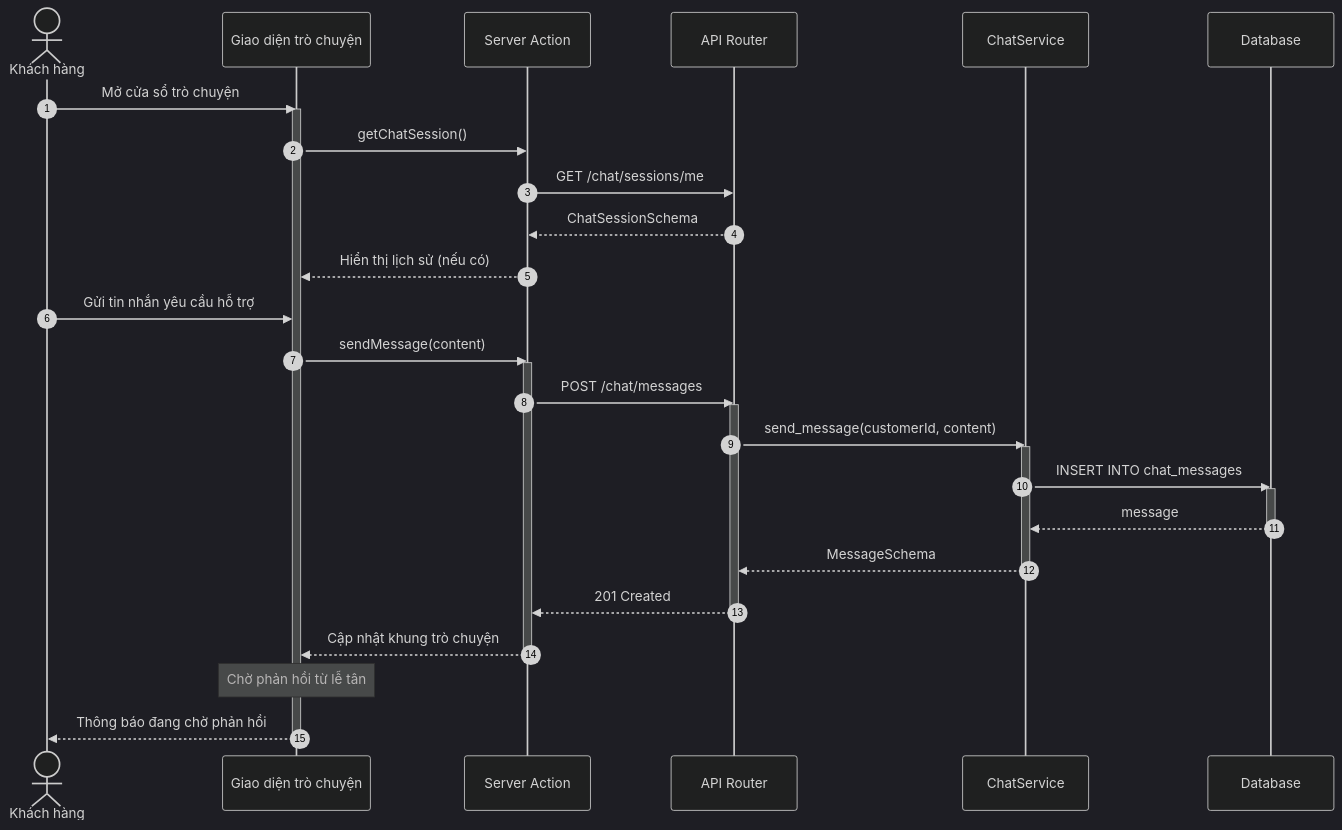
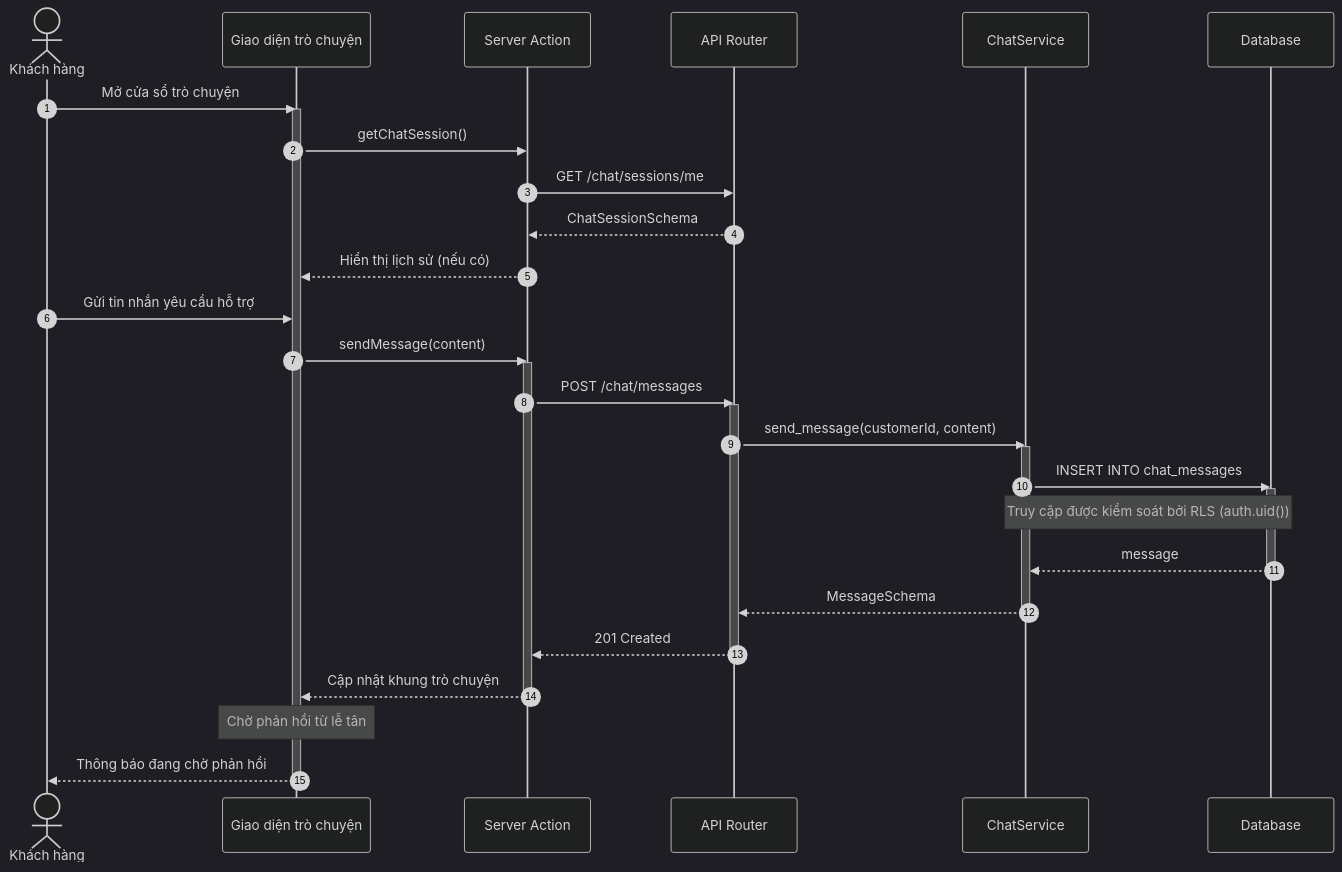
The sixth of 10 diagrams in docs/design/sequences/customer_flows.md (ngoctinn/Synapse), drawn with Mermaid (dark theme) before and after one commit. The commit also changed other lines of this file and 9 other files, not shown here.

Commit message:
docs: Add initial design documentation for customer, receptionist, technician, and authentication flows, along with antigravity feature plans.

````diff
--- a/docs/design/sequences/customer_flows.md
+++ b/docs/design/sequences/customer_flows.md
@@ -259,45 +260,46 @@
 ```mermaid
 sequenceDiagram
     autonumber
     actor KH as Khách hàng
     participant UI as Giao diện trò chuyện
     participant BFF as Server Action
     participant API as API Router
     participant S as ChatService
     participant DB as Database
 
     KH->>UI: Mở cửa sổ trò chuyện
     activate UI
     UI->>BFF: getChatSession()
     BFF->>API: GET /chat/sessions/me
     API-->>BFF: ChatSessionSchema
     BFF-->>UI: Hiển thị lịch sử (nếu có)
 
     KH->>UI: Gửi tin nhắn yêu cầu hỗ trợ
     UI->>BFF: sendMessage(content)
     activate BFF
 
     BFF->>API: POST /chat/messages
     activate API
 
     API->>S: send_message(customerId, content)
     activate S
 
     S->>DB: INSERT INTO chat_messages
     activate DB
+    Note over S,DB: Truy cập được kiểm soát bởi RLS (auth.uid())
     DB-->>S: message
     deactivate DB
 
     S-->>API: MessageSchema
     deactivate S
 
     API-->>BFF: 201 Created
     deactivate API
 
     BFF-->>UI: Cập nhật khung trò chuyện
     deactivate BFF
 
     Note over UI: Chờ phản hồi từ lễ tân
     UI-->>KH: Thông báo đang chờ phản hồi
     deactivate UI
 ```
````
